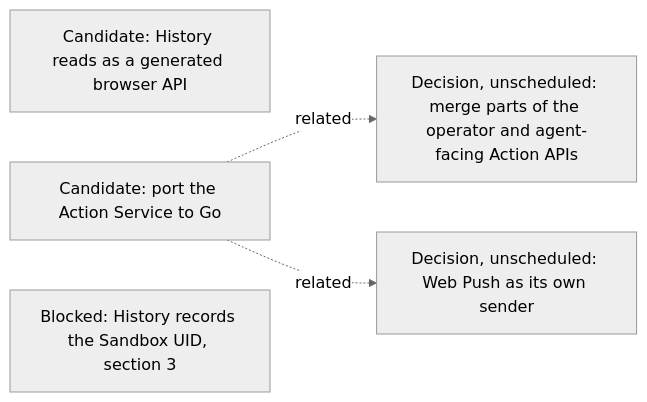
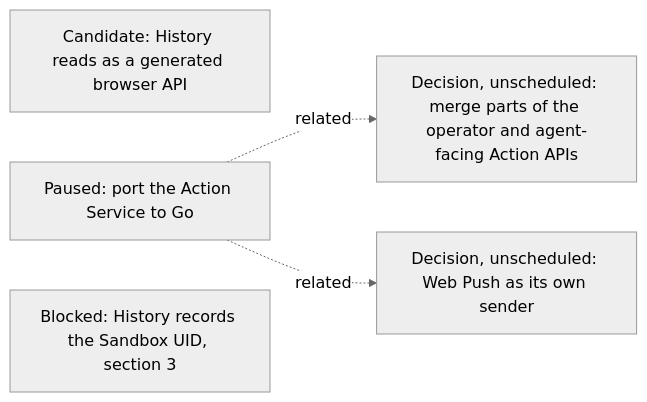
Before and after one commit to agentydragon-agent/ducktape: diagram 17 of 17 in agentplane/plans/task_dag.md, drawn with Mermaid (neutral theme). The commit also changed other lines of this file and 4 other files, not shown here.

````diff
--- a/agentplane/plans/task_dag.md
+++ b/agentplane/plans/task_dag.md
@@ -1904,10 +1904,10 @@
 ```mermaid
 flowchart LR
     HISTORY_READS_FACADE[Candidate: History reads as a generated browser API]
-    ACTION_SERVICE_GO_PORT[Candidate: port the Action Service to Go]
+    ACTION_SERVICE_GO_PORT[Paused: port the Action Service to Go]
     ACTION_API_MERGE[Decision, unscheduled: merge parts of the operator and agent-facing Action APIs]
     WEB_PUSH_SERVICE[Decision, unscheduled: Web Push as its own sender]
     HISTORY_SANDBOX_UID[Blocked: History records the Sandbox UID, section 3]
     ACTION_SERVICE_GO_PORT -. related .-> ACTION_API_MERGE
     ACTION_SERVICE_GO_PORT -. related .-> WEB_PUSH_SERVICE
 ```
````
